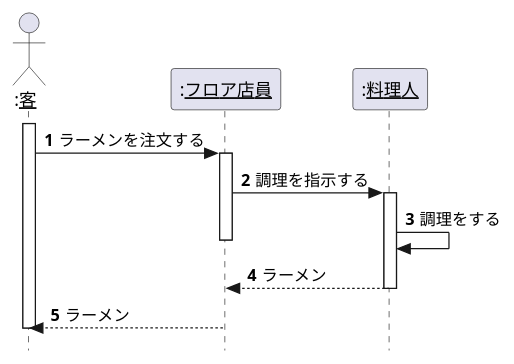
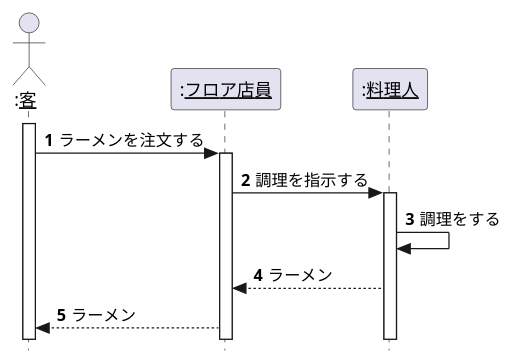
One commit to nishiyu0919/uml-introduction changed the diagram in 演習4-1_SD_ラーメン屋さんでの注文.pu. Above: the diagram before and after it, drawn with PlantUML.

Commit message:
演習4

```diff
--- a/演習4-1_SD_ラーメン屋さんでの注文.pu
+++ b/演習4-1_SD_ラーメン屋さんでの注文.pu
@@ -1,22 +1,22 @@
 @startuml 演習4-1
 hide footbox
  autonumber
 skinparam style strictuml
 
 actor ":<u>客</u>" as custmer
 participant ":<u>フロア店員</u>" as clerk
 participant ":<u>料理人</u>" as cook
 activate custmer
 custmer -> clerk:ラーメンを注文する
 
   activate clerk
   clerk -> cook: 調理を指示する
   activate cook
   cook -> cook:調理をする
-  deactivate clerk
+  
   clerk <-- cook:ラーメン
-  deactivate cook
+  
   
   custmer <-- clerk:ラーメン
-deactivate custmer
+
 @enduml
```
